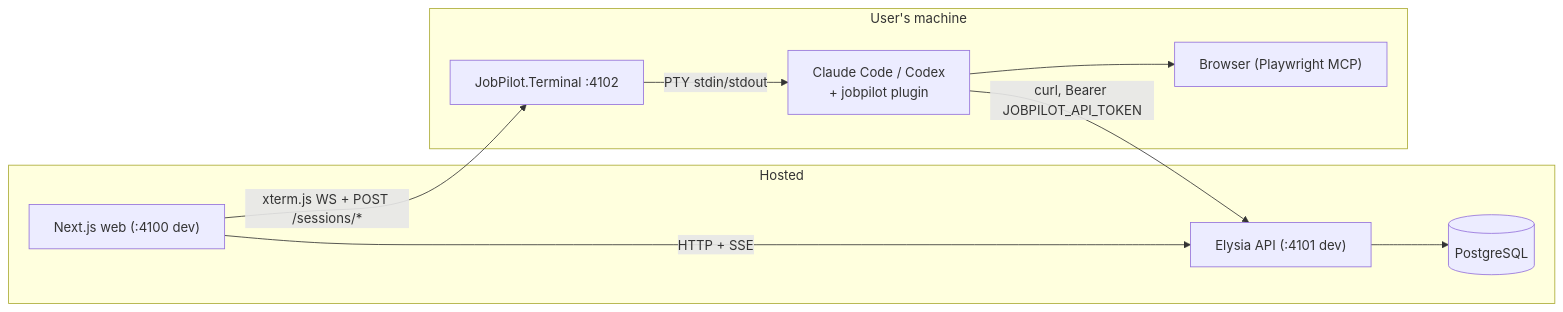
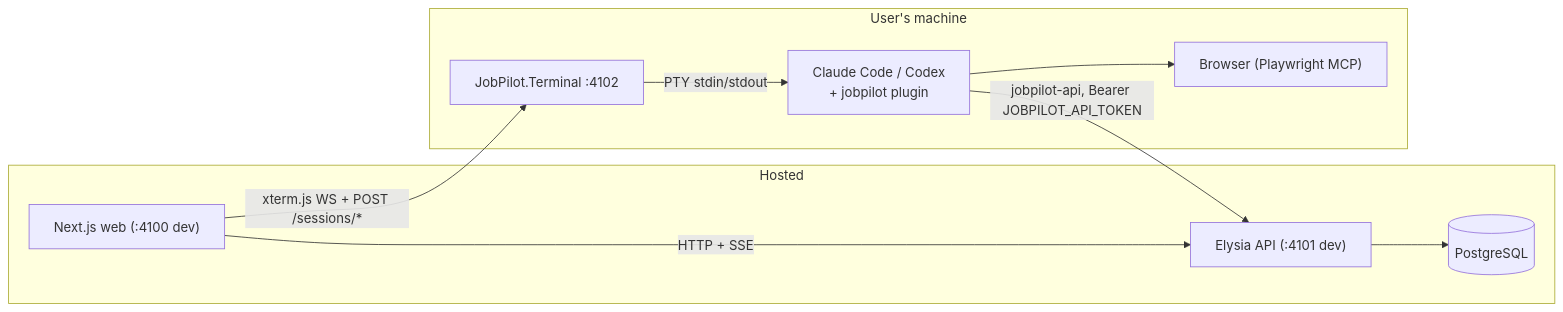
The first of 2 diagrams in docs/development.md (chrsrns/jobpilot), drawn with Mermaid before and after one commit. The commit also changed other lines of this file and 65 other files, not shown here.

First line of the commit message:
fix(plugin): call the API through a node helper and drop curl and jq

````diff
--- a/docs/development.md
+++ b/docs/development.md
@@ -77,19 +77,19 @@
 ```mermaid
 flowchart LR
     subgraph Cloud [Hosted]
         WEB["Next.js web (:4100 dev)"]
         API["Elysia API (:4101 dev)"]
         DB[(PostgreSQL)]
     end
     subgraph Local [User's machine]
         T["JobPilot.Terminal :4102"]
         P["Claude Code / Codex<br/>+ jobpilot plugin"]
         B["Browser (Playwright MCP)"]
     end
     WEB -- "HTTP + SSE" --> API
     API --> DB
     WEB -- "xterm.js WS + POST /sessions/*" --> T
     T -- "PTY stdin/stdout" --> P
-    P -- "curl, Bearer JOBPILOT_API_TOKEN" --> API
+    P -- "jobpilot-api, Bearer JOBPILOT_API_TOKEN" --> API
     P --> B
 ```
````
